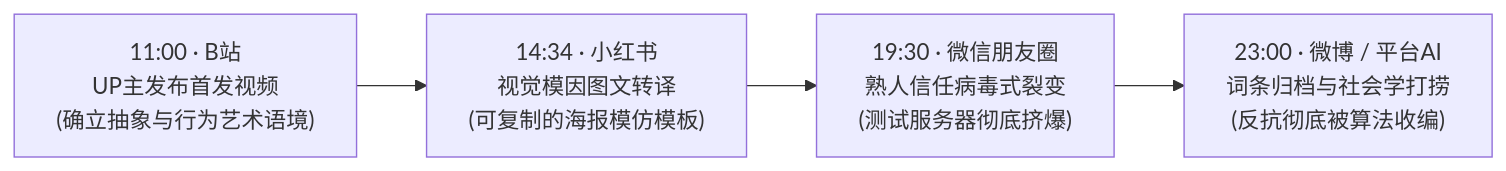
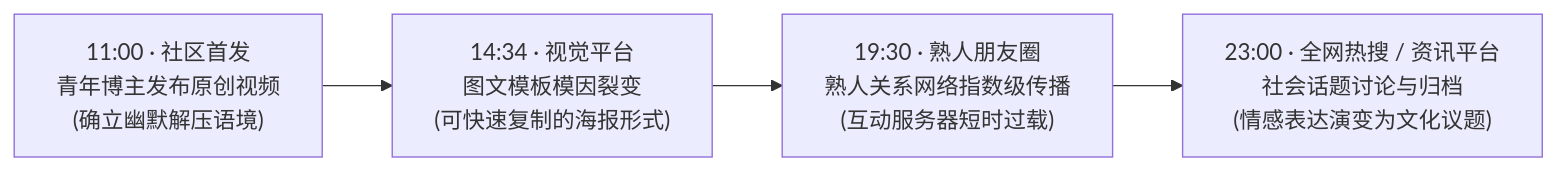
Before and after one commit to NJUPT-CS-StuDev/studev: the fourth of 4 diagrams in src/content/life/essay-cyber-prison-sbti.md, drawn with Mermaid. The commit also changed other lines of this file and 7 other files, not shown here.

````diff
--- a/src/content/life/essay-cyber-prison-sbti.md
+++ b/src/content/life/essay-cyber-prison-sbti.md
@@ -183,6 +177,6 @@
 ```mermaid
 flowchart LR
-    T1["11:00 · B站<br/>UP主发布首发视频<br/>(确立抽象与行为艺术语境)"] --> T2["14:34 · 小红书<br/>视觉模因图文转译<br/>(可复制的海报模仿模板)"]
-    T2 --> T3["19:30 · 微信朋友圈<br/>熟人信任病毒式裂变<br/>(测试服务器彻底挤爆)"]
-    T3 --> T4["23:00 · 微博 / 平台AI<br/>词条归档与社会学打捞<br/>(反抗彻底被算法收编)"]
+    T1["11:00 · 社区首发<br/>青年博主发布原创视频<br/>(确立幽默解压语境)"] --> T2["14:34 · 视觉平台<br/>图文模板模因裂变<br/>(可快速复制的海报形式)"]
+    T2 --> T3["19:30 · 熟人朋友圈<br/>熟人关系网络指数级传播<br/>(互动服务器短时过载)"]
+    T3 --> T4["23:00 · 全网热搜 / 资讯平台<br/>社会话题讨论与归档<br/>(情感表达演变为文化议题)"]
 ```
````
